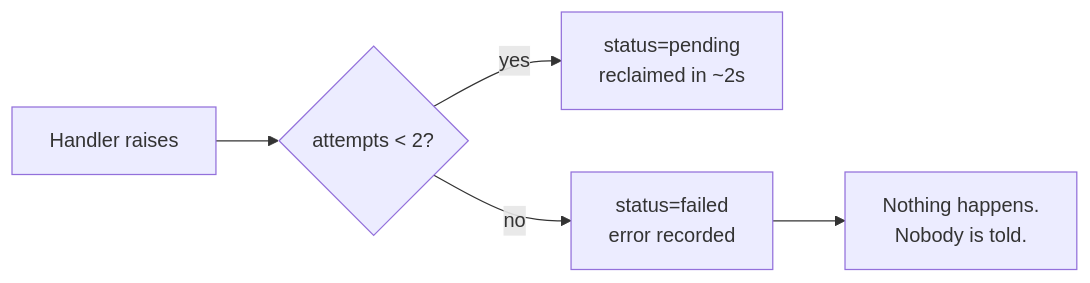
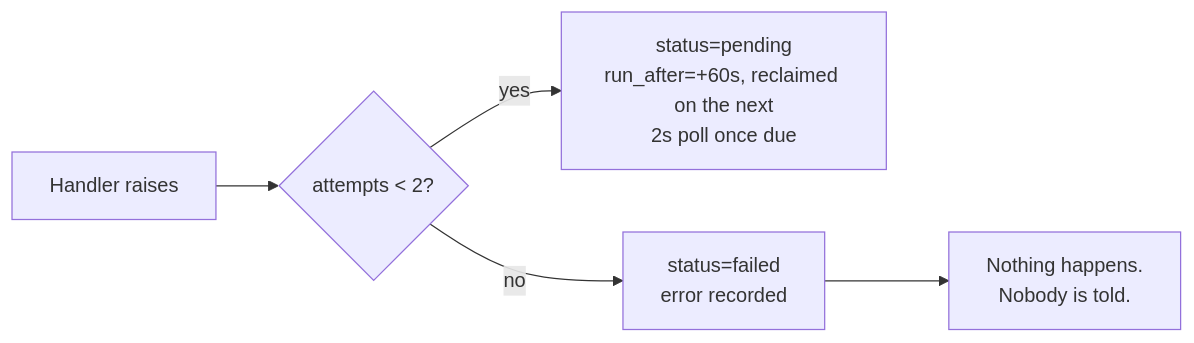
The diagram in docs/volume-4-reliability-and-operations/11-reliability-sre.md (muslim216/IGCSE-OS-product-repositiry-), drawn with Mermaid before and after one commit. The commit also changed other lines of this file and 77 other files, not shown here.

````diff
--- a/docs/volume-4-reliability-and-operations/11-reliability-sre.md
+++ b/docs/volume-4-reliability-and-operations/11-reliability-sre.md
@@ -184,7 +186,7 @@
 ```mermaid
 flowchart LR
   A[Handler raises] --> B{attempts &lt; 2?}
-  B -->|yes| C[status=pending<br/>reclaimed in ~2s]
+  B -->|yes| C[status=pending<br/>run_after=+60s, reclaimed on the next<br/>2s poll once due]
   B -->|no| D[status=failed<br/>error recorded]
   D --> E[Nothing happens.<br/>Nobody is told.]
 ```
````
